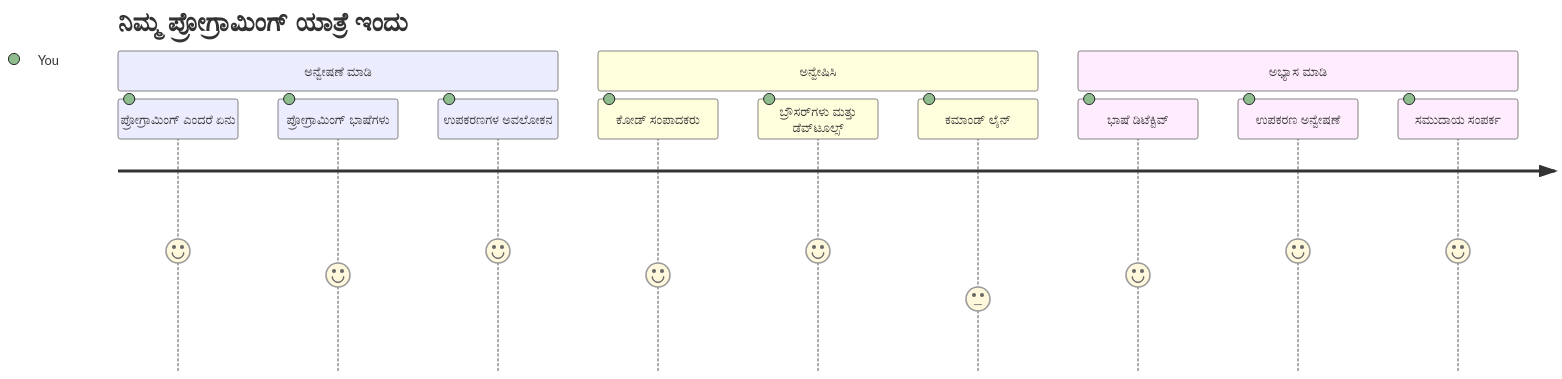
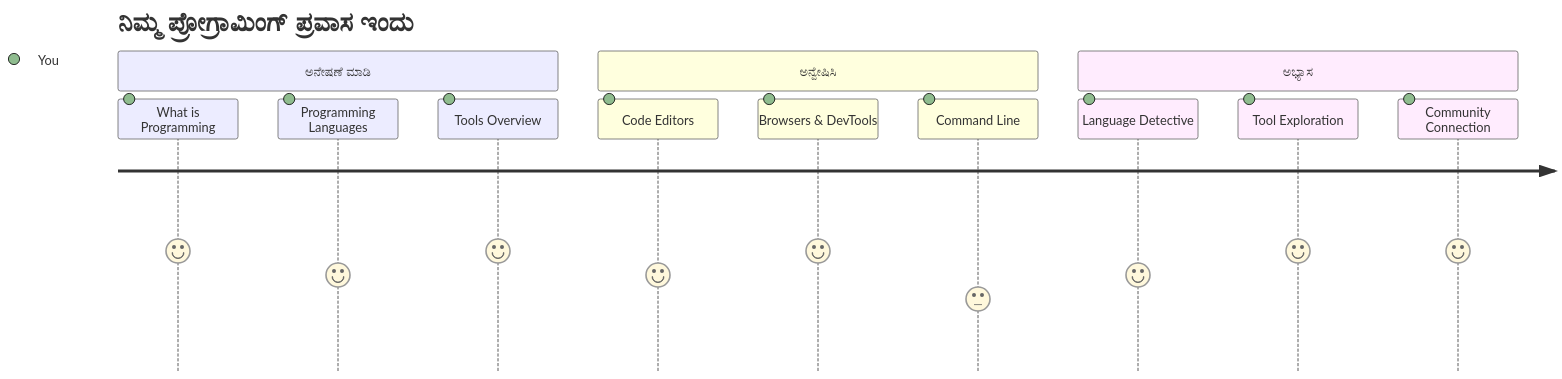
The first of 7 diagrams in translations/kn/1-getting-started-lessons/1-intro-to-programming-languages/README.md (microsoft/Web-Dev-For-Beginners), drawn with Mermaid before and after one commit. The commit also changed other lines of this file and 8 other files, not shown here.

````diff
--- a/translations/kn/1-getting-started-lessons/1-intro-to-programming-languages/README.md
+++ b/translations/kn/1-getting-started-lessons/1-intro-to-programming-languages/README.md
@@ -14,16 +14,16 @@
 ```mermaid
 journey
-    title ನಿಮ್ಮ ಪ್ರೋಗ್ರಾಮಿಂಗ್ ಯಾತ್ರೆ ಇಂದು
-    section ಅನ್ವೇಷಣೆ ಮಾಡಿ
-      ಪ್ರೋಗ್ರಾಮಿಂಗ್ ಎಂದರೆ ಏನು: 5: You
-      ಪ್ರೋಗ್ರಾಮಿಂಗ್ ಭಾಷೆಗಳು: 4: You
-      ಉಪಕರಣಗಳ ಅವಲೋಕನ: 5: You
+    title ನಿಮ್ಮ ಪ್ರೋಗ್ರಾಮಿಂಗ್ ಪ್ರವಾಸ ಇಂದು
+    section ಅನೇಷಣೆ ಮಾಡಿ
+      What is Programming: 5: You
+      Programming Languages: 4: You
+      Tools Overview: 5: You
     section ಅನ್ವೇಷಿಸಿ
-      ಕೋಡ್ ಸಂಪಾದಕರು: 4: You
-      ಬ್ರೌಸರ್‌ಗಳು ಮತ್ತು ಡೆವ್‌ಟೂಲ್ಸ್: 5: You
-      ಕಮಾಂಡ್ ಲೈನ್: 3: You
-    section ಅಭ್ಯಾಸ ಮಾಡಿ
-      ಭಾಷೆ ಡಿಟೆಕ್ಟಿವ್: 4: You
-      ಉಪಕರಣ ಅನ್ವೇಷಣೆ: 5: You
-      ಸಮುದಾಯ ಸಂಪರ್ಕ: 5: You
+      Code Editors: 4: You
+      Browsers & DevTools: 5: You
+      Command Line: 3: You
+    section ಅಭ್ಯಾಸ
+      Language Detective: 4: You
+      Tool Exploration: 5: You
+      Community Connection: 5: You
 ```
````
